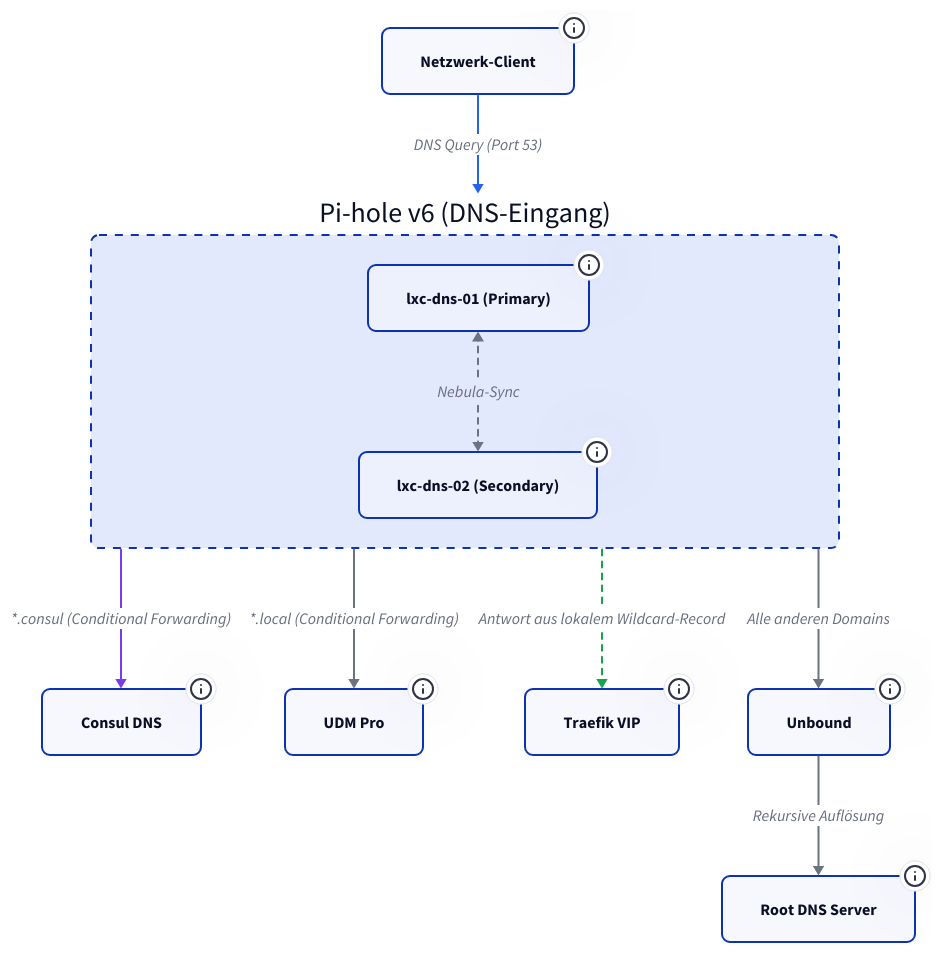
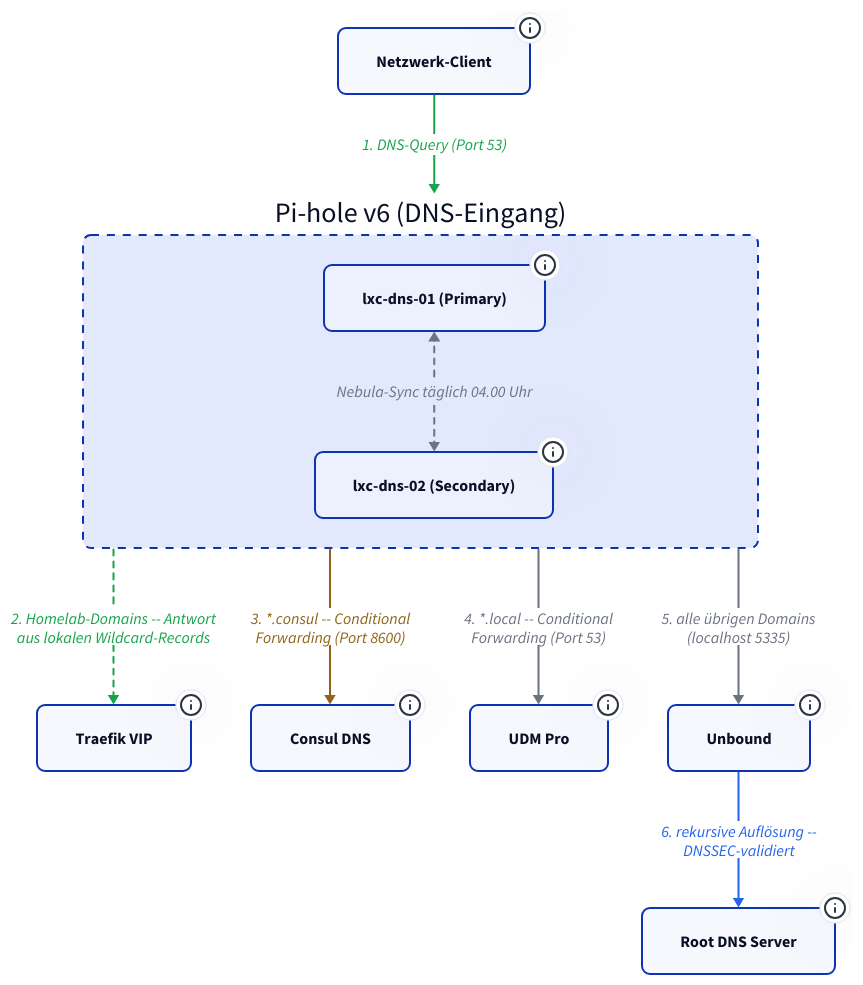
The diagram in docs/netz/dns/index.md (derever-labs/homelab-wiki), drawn with D2 before and after one commit. The commit also changed other lines of this file, not shown here.

Commit message:
docs(dns): DNS-Kette nach Katalog R1-R8 vertiefen (#136)
F7-Diagramm-Vertiefung Rang 10: docs/netz/dns/index.md als Detail-SSOT
der DNS-Kette.

- Leitfrage und Lese-Konvention mit Verweis auf das zentrale Farbschema
des Netz-Kapitels
- Nummerierte Schrittkette 1-6 in den Kantenlabels (Was-fliesst-Labels
mit Ports statt nie gerenderter Edge-Tooltips); Nebula-Sync bleibt als
grau gestrichelter Hintergrundverkehr unnummeriert (R4-Ausnahme)
- Farben auf das Netz-Big-Picture harmonisiert: Gruen LAN, Ocker
Consul-Zweig (statt Violett), Blau WAN-Rekursion, Grau Nebenwege
- Lesehilfe 1-7 mit Anker-Links, Nummern 1-6 deckungsgleich mit den
Kanten wie im Big Picture
- Ausfallverhalten je Zweig unter Standorte und Failover (R6):
Einzel-/Doppelausfall der LXCs, Consul-Quorum, WAN-Uplink
- Neue Architektur-Limitation als Warning: kein Fallback-Resolver bei
Ausfall beider DNS-LXCs, bewusst akzeptiertes Restrisiko
- Alle eingehenden Anker (netz/index.md, edge/index.md) bleiben stabil;
TALA-Render und VitePress-Build geprueft

Nicht mergen -- Review durch Team-Lead.

````diff
--- a/docs/netz/dns/index.md
+++ b/docs/netz/dns/index.md
@@ -30,80 +32,68 @@
 ```d2
 classes: {
   node: { style: { border-radius: 8 } }
   container: { style: { border-radius: 8; stroke-dash: 4 } }
+  lanweg: { style: { stroke: "#16a34a"; font-color: "#16a34a" } }
+  wanweg: { style: { stroke: "#2563eb"; font-color: "#2563eb" } }
+  consulweg: { style: { stroke: "#8f6418"; font-color: "#8f6418" } }
+  neben: { style: { stroke: "#6b7280"; font-color: "#6b7280" } }
 }
 
 Client: Netzwerk-Client {
   class: node
-  tooltip: "Alle Geräte im Netzwerk, DNS via DHCP (10.0.2.1 / 10.0.2.2)"
+  tooltip: Alle Geräte im Netzwerk -- DHCP verteilt beide DNS-IPs, die Docker-Daemons der Nomad-Clients zeigen auf dieselben beiden LXCs
 }
 
 pihole: Pi-hole v6 (DNS-Eingang) {
   class: container
 
+  PH2: lxc-dns-02 (Secondary) {
+    class: node
+    tooltip: 10.0.2.2, LXC auf pve02, Port 53, FTL/dnsmasq
+  }
   PH1: lxc-dns-01 (Primary) {
     class: node
-    tooltip: "10.0.2.1, LXC auf pve01, Port 53, FTL/dnsmasq"
-  }
-  PH2: lxc-dns-02 (Secondary) {
-    class: node
-    tooltip: "10.0.2.2, LXC auf pve02, Port 53, FTL/dnsmasq"
+    tooltip: 10.0.2.1, LXC auf pve01, Port 53, FTL/dnsmasq
   }
 
-  PH1 <-> PH2: Nebula-Sync {
-    style.stroke: "#6b7280"
+  PH1 <-> PH2: Nebula-Sync täglich 04.00 Uhr {
+    class: neben
     style.stroke-dash: 3
-    tooltip: "Full Teleporter Sync, Nomad Service-Job mit internem Cron"
   }
+}
+
+Traefik: Traefik VIP {
+  class: node
+  tooltip: 10.0.2.20 -- Ziel der Wildcard-Records *.ackermannprivat.ch / *.ackermann.systems
 }
 
 consul: Consul DNS {
   class: node
-  tooltip: "vm-nomad-server-04/05/06, Port 8600 -- Service Discovery für Nomad-Container"
+  tooltip: vm-nomad-server-04/05/06, Port 8600 -- Service Discovery für Nomad-Container
 }
 
 Router: UDM Pro {
   class: node
-  tooltip: "10.0.0.1 -- löst *.local auf"
-}
-
-Traefik: Traefik VIP {
-  class: node
-  tooltip: "10.0.2.20 -- Ziel der Wildcard-Records *.ackermannprivat.ch / *.ackermann.systems"
+  tooltip: 10.0.0.1 -- löst *.local auf (UniFi-Geräte und DHCP-Hostnamen)
 }
 
 Unbound: Unbound {
   class: node
-  tooltip: "Port 5335 (localhost), rekursiver Resolver mit DNSSEC"
+  tooltip: läuft je LXC auf localhost 5335 -- rekursiver Resolver mit DNSSEC-Validierung
 }
 
 Root: Root DNS Server {
   class: node
-  tooltip: "13 Root-Server, DNSSEC-validiert durch Unbound"
+  tooltip: 13 Root-Server -- direkte Rekursion, kein Forwarder dazwischen
 }
 
-Client -> pihole: DNS Query (Port 53) {
-  style.stroke: "#2563eb"
+Client -> pihole: 1. DNS-Query (Port 53) { class: lanweg }
+pihole -> Traefik: "2. Homelab-Domains -- Antwort\naus lokalen Wildcard-Records" {
+  class: lanweg
+  style.stroke-dash: 3
 }
-pihole -> consul: "*.consul (Conditional Forwarding)" {
-  style.stroke: "#7c3aed"
-  tooltip: "Port 8600"
-}
-pihole -> Router: "*.local (Conditional Forwarding)" {
-  style.stroke: "#6b7280"
-  tooltip: "UniFi-Geräte und DHCP-Hostnamen"
-}
-pihole -> Traefik: Antwort aus lokalem Wildcard-Record {
-  style.stroke: "#16a34a"
-  style.stroke-dash: 3
-  tooltip: "Kein Forwarding -- Pi-hole antwortet für *.ackermannprivat.ch / *.ackermann.systems direkt mit der Traefik-VIP"
-}
-pihole -> Unbound: Alle anderen Domains {
-  style.stroke: "#6b7280"
-  tooltip: "Upstream für nicht-lokale Anfragen"
-}
-Unbound -> Root: Rekursive Auflösung {
-  style.stroke: "#6b7280"
-  tooltip: "Direkt gegen Root-Server, kein Forwarding"
-}
+pihole -> consul: "3. *.consul -- Conditional\nForwarding (Port 8600)" { class: consulweg }
+pihole -> Router: "4. *.local -- Conditional\nForwarding (Port 53)" { class: neben }
+pihole -> Unbound: "5. alle übrigen Domains\n(localhost 5335)" { class: neben }
+Unbound -> Root: "6. rekursive Auflösung --\nDNSSEC-validiert" { class: wanweg }
 ```
````
